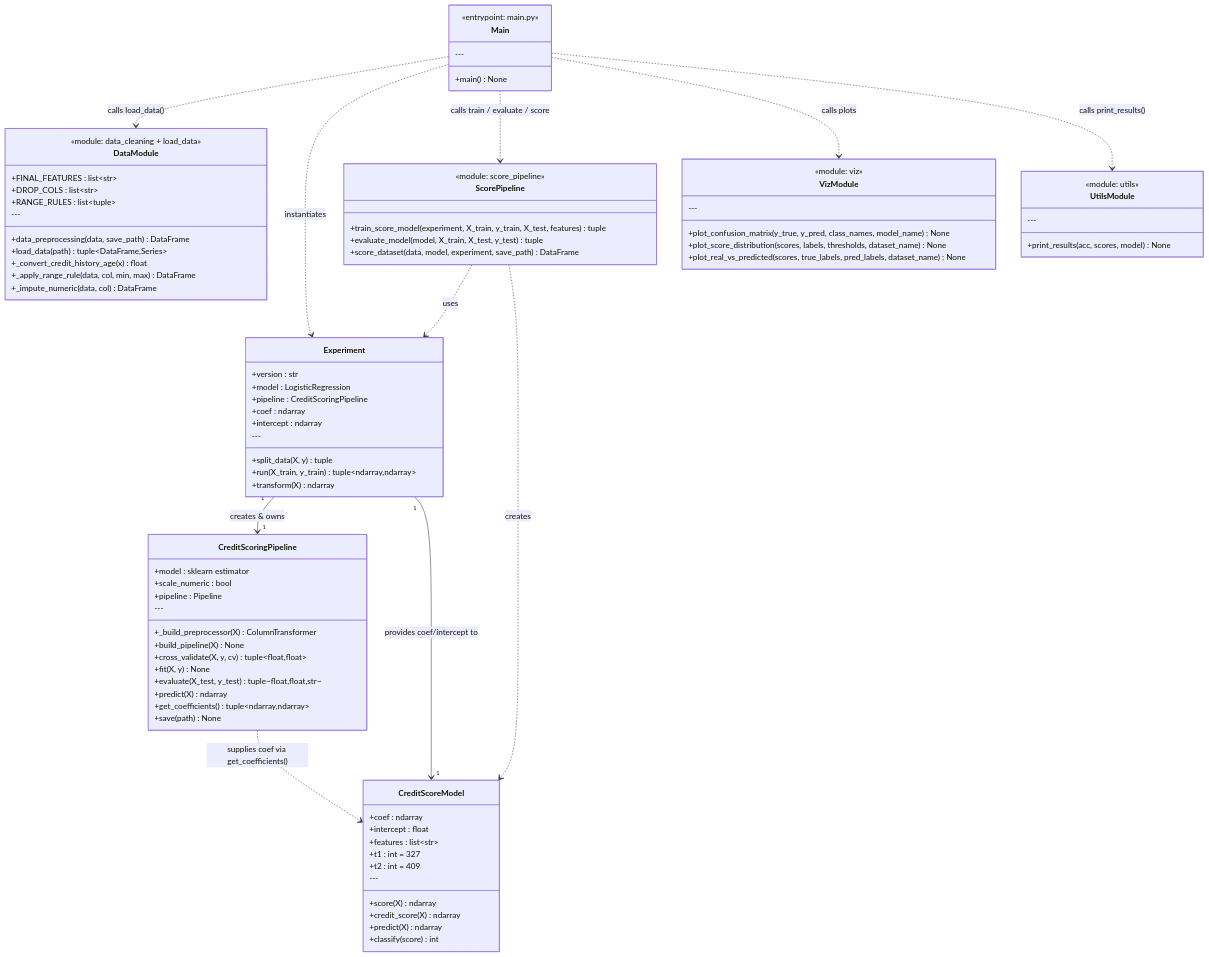
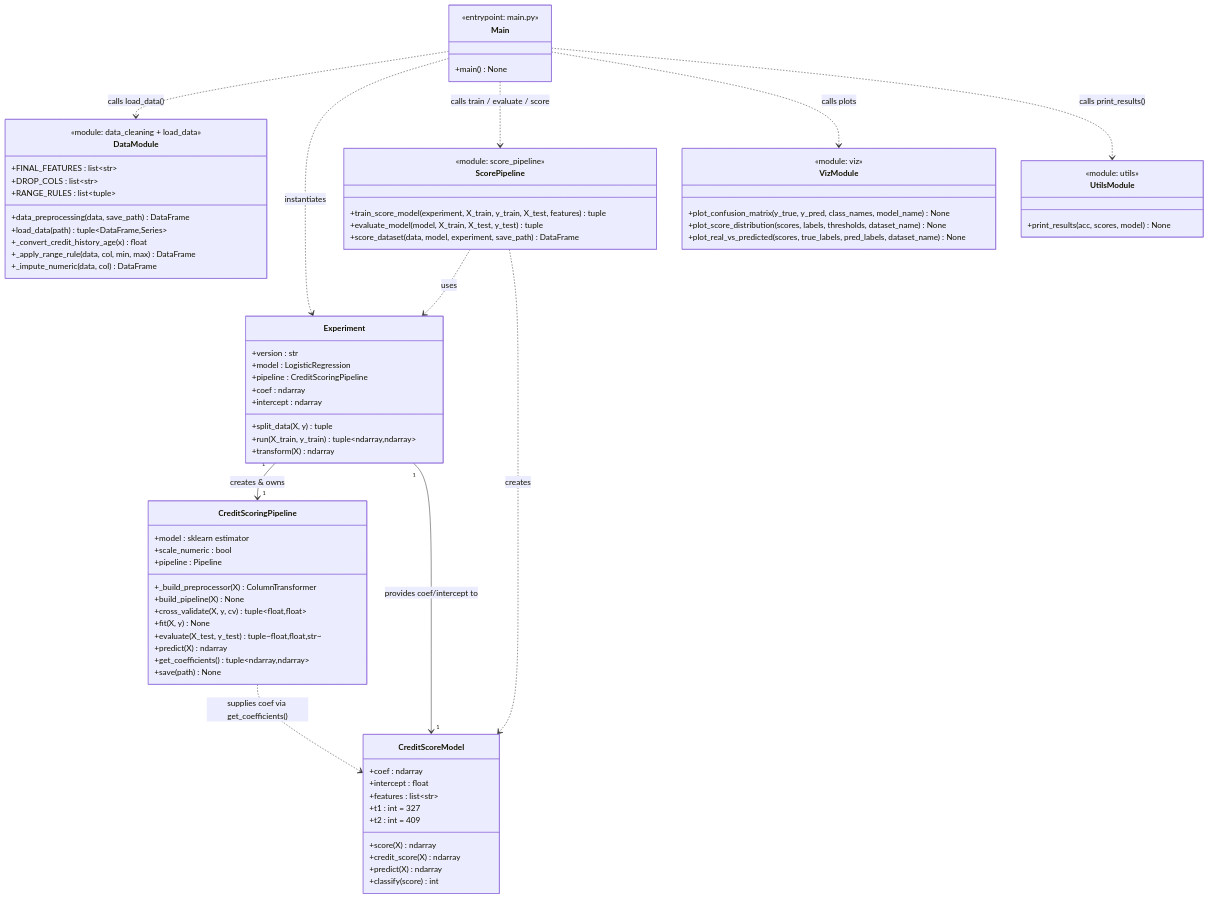
The third of 3 diagrams in README.md (ppmelch/Credit_Scoring_Model), drawn with Mermaid before and after one commit. The commit also changed other lines of this file and 2 other files, not shown here.

```diff
--- a/README.md
+++ b/README.md
@@ -218,7 +161,6 @@
         +model : sklearn estimator
         +scale_numeric : bool
         +pipeline : Pipeline
-        ---
         +_build_preprocessor(X) ColumnTransformer
         +build_pipeline(X) None
         +cross_validate(X, y, cv) tuple~float,float~
@@ -235,7 +177,6 @@
         +pipeline : CreditScoringPipeline
         +coef : ndarray
         +intercept : ndarray
-        ---
         +split_data(X, y) tuple
         +run(X_train, y_train) tuple~ndarray,ndarray~
         +transform(X) ndarray
@@ -247,7 +188,6 @@
         +features : list~str~
         +t1 : int = 327
         +t2 : int = 409
-        ---
         +score(X) ndarray
         +credit_score(X) ndarray
         +predict(X) ndarray
@@ -266,7 +206,6 @@
         +FINAL_FEATURES : list~str~
         +DROP_COLS : list~str~
         +RANGE_RULES : list~tuple~
-        ---
         +data_preprocessing(data, save_path) DataFrame
         +load_data(path) tuple~DataFrame,Series~
         +_convert_credit_history_age(x) float
@@ -276,7 +215,6 @@
 
     class VizModule {
         <<module: viz>>
-        ---
         +plot_confusion_matrix(y_true, y_pred, class_names, model_name) None
         +plot_score_distribution(scores, labels, thresholds, dataset_name) None
         +plot_real_vs_predicted(scores, true_labels, pred_labels, dataset_name) None
@@ -284,17 +222,14 @@
 
     class UtilsModule {
         <<module: utils>>
-        ---
         +print_results(acc, scores, model) None
     }
 
     class Main {
         <<entrypoint: main.py>>
-        ---
         +main() None
     }
 
-    %% Relationships
     Experiment "1" --> "1" CreditScoringPipeline : creates & owns
     Experiment "1" --> "1" CreditScoreModel : provides coef/intercept to
     ScorePipeline ..> Experiment : uses
```
